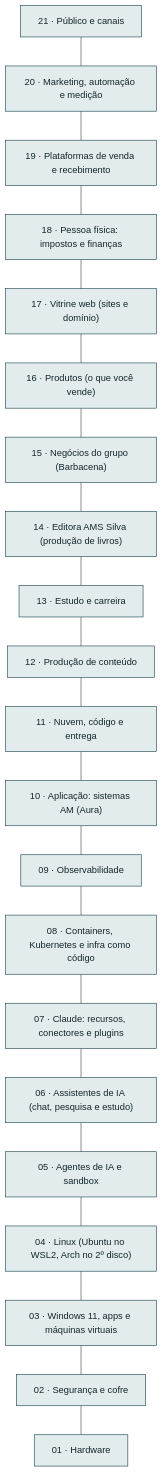
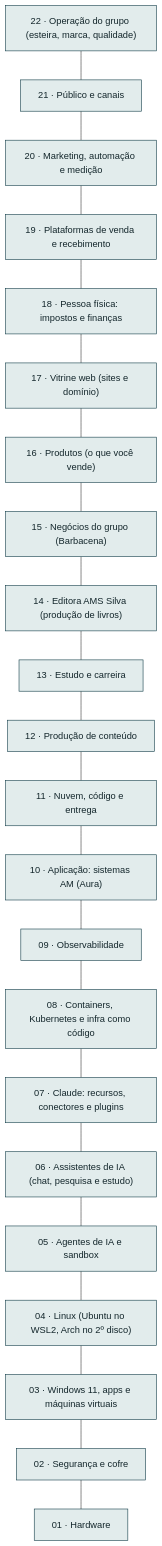
Before and after one commit to AlanMateus17/dev-setup: the first of 2 diagrams in README.md, drawn with Mermaid. The commit also changed other lines of this file and 34 other files, not shown here.

First line of the commit message:
feat: operação do grupo e portfólio único de ofertas

````diff
--- a/README.md
+++ b/README.md
@@ -25,46 +26,48 @@
 ```mermaid
 flowchart TB
+  L_oper["22 · Operação do grupo (esteira, marca, qualidade)"]
   L_pub["21 · Público e canais"]
   L_mkt["20 · Marketing, automação e medição"]
   L_venda["19 · Plataformas de venda e recebimento"]
   L_emp["18 · Pessoa física: impostos e finanças"]
   L_web["17 · Vitrine web (sites e domínio)"]
   L_prod["16 · Produtos (o que você vende)"]
   L_neg["15 · Negócios do grupo (Barbacena)"]
   L_editora["14 · Editora AMS Silva (produção de livros)"]
   L_est["13 · Estudo e carreira"]
   L_cont["12 · Produção de conteúdo"]
   L_nuvem["11 · Nuvem, código e entrega"]
   L_app["10 · Aplicação: sistemas AM (Aura)"]
   L_obs["09 · Observabilidade"]
   L_cnt["08 · Containers, Kubernetes e infra como código"]
   L_clc["07 · Claude: recursos, conectores e plugins"]
   L_chat["06 · Assistentes de IA (chat, pesquisa e estudo)"]
   L_ia["05 · Agentes de IA e sandbox"]
   L_lin["04 · Linux (Ubuntu no WSL2, Arch no 2º disco)"]
   L_win["03 · Windows 11, apps e máquinas virtuais"]
   L_seg["02 · Segurança e cofre"]
   L_hw["01 · Hardware"]
+  L_oper --- L_pub
   L_pub --- L_mkt
   L_mkt --- L_venda
   L_venda --- L_emp
   L_emp --- L_web
   L_web --- L_prod
   L_prod --- L_neg
   L_neg --- L_editora
   L_editora --- L_est
   L_est --- L_cont
   L_cont --- L_nuvem
   L_nuvem --- L_app
   L_app --- L_obs
   L_obs --- L_cnt
   L_cnt --- L_clc
   L_clc --- L_chat
   L_chat --- L_ia
   L_ia --- L_lin
   L_lin --- L_win
   L_win --- L_seg
   L_seg --- L_hw
   classDef cam fill:#e2ecec,stroke:#0e3a45,color:#13262b
-  class L_pub,L_mkt,L_venda,L_emp,L_web,L_prod,L_neg,L_editora,L_est,L_cont,L_nuvem,L_app,L_obs,L_cnt,L_clc,L_chat,L_ia,L_lin,L_win,L_seg,L_hw cam
+  class L_oper,L_pub,L_mkt,L_venda,L_emp,L_web,L_prod,L_neg,L_editora,L_est,L_cont,L_nuvem,L_app,L_obs,L_cnt,L_clc,L_chat,L_ia,L_lin,L_win,L_seg,L_hw cam
 ```
````
